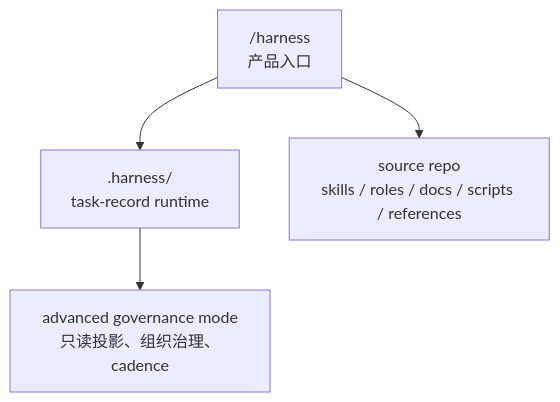
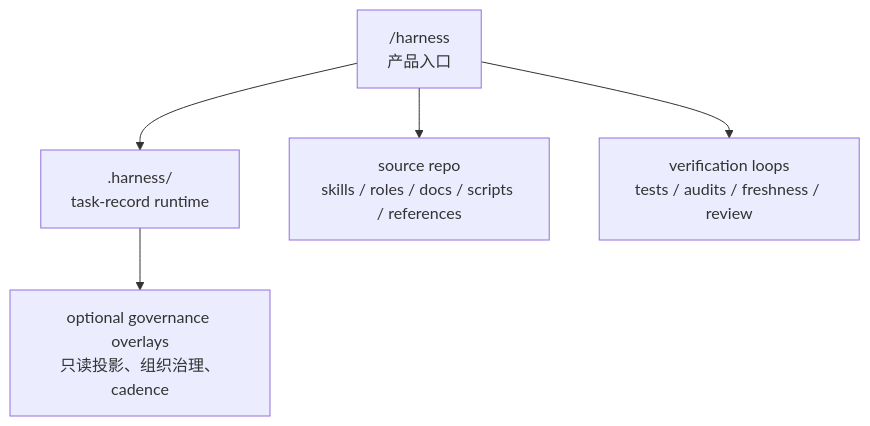
Before and after one commit to qOeOp/harness: the diagram in README.md, drawn with Mermaid. The commit also changed other lines of this file and 52 other files, not shown here.

````diff
--- a/README.md
+++ b/README.md
@@ -19,6 +55,7 @@
 ```mermaid
 flowchart TD
     A["/harness<br/>产品入口"] --> B[".harness/<br/>task-record runtime"]
-    B --> C["advanced governance mode<br/>只读投影、组织治理、cadence"]
+    B --> C["optional governance overlays<br/>只读投影、组织治理、cadence"]
     A --> D["source repo<br/>skills / roles / docs / scripts / references"]
+    A --> E["verification loops<br/>tests / audits / freshness / review"]
 ```
````
